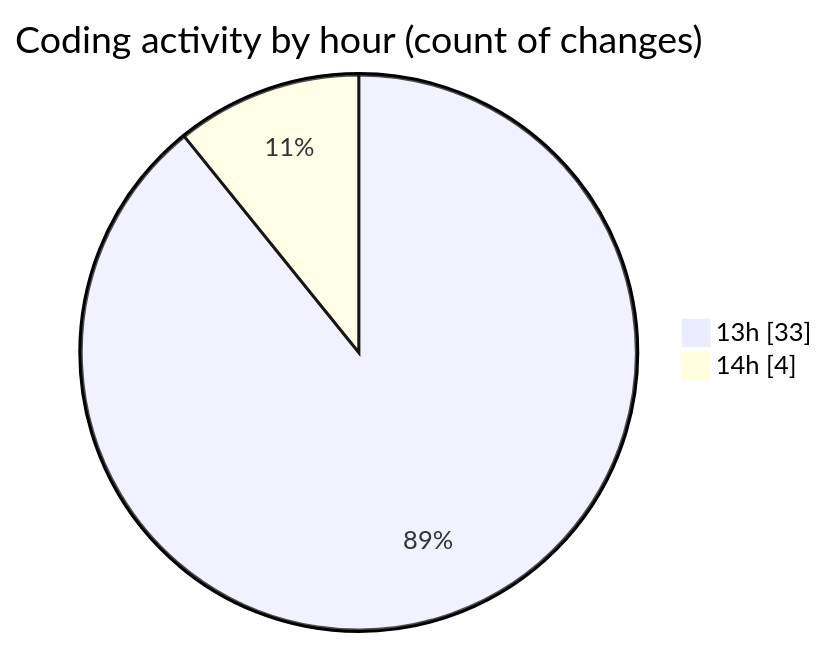
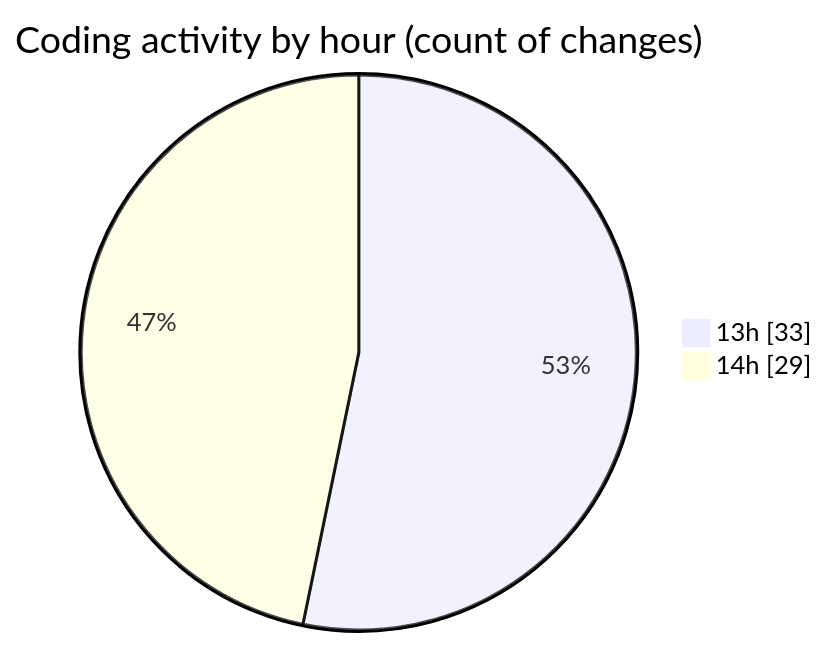
The second of 2 diagrams in 2025-09-13/hiai-phf/README.md (lephambinh05/code-tracking), drawn with Mermaid before and after one commit. The commit also changed other lines of this file and 1 other file, not shown here.

````diff
--- a/2025-09-13/hiai-phf/README.md
+++ b/2025-09-13/hiai-phf/README.md
@@ -36,6 +39,6 @@
 ```mermaid
 pie showData
 title Coding activity by hour (count of changes)
 "13h" : 33
-"14h" : 4
+"14h" : 29
 ```
````
